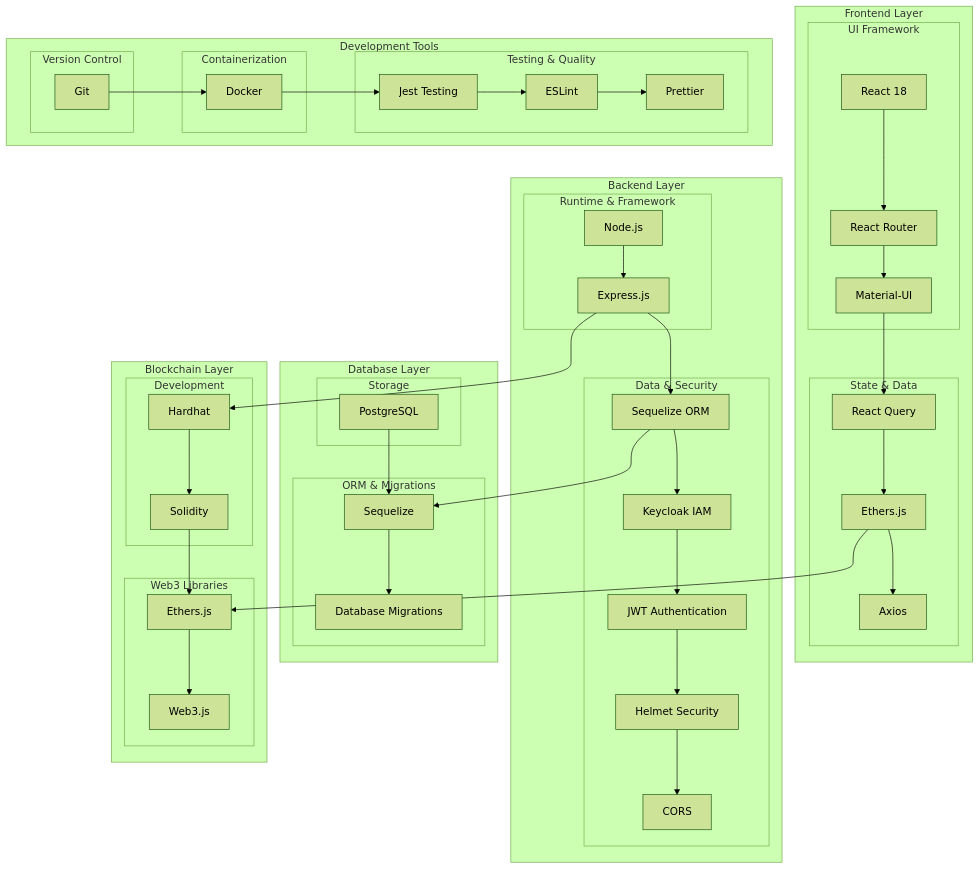
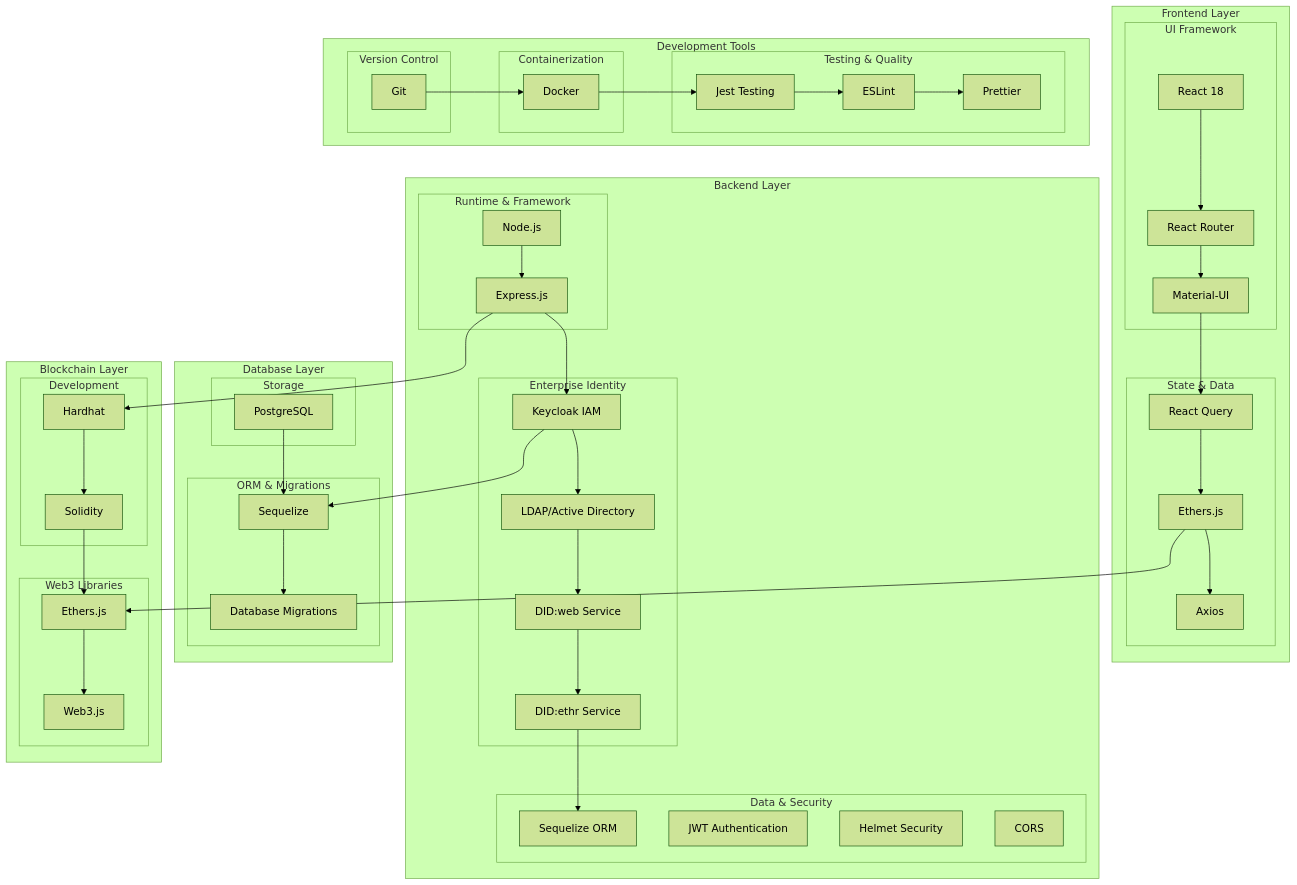
Before and after one commit to gitmujoshi/Confidential-AI-Network: the tenth of 25 diagrams in ARCHITECTURE_GUIDE.md, drawn with Mermaid (forest theme). The commit also changed other lines of this file and 18 other files, not shown here.

Commit message:
docs: update all architecture and IAM docs for enterprise did:web strategy, add enterprise implementation guide

```diff
--- a/ARCHITECTURE_GUIDE.md
+++ b/ARCHITECTURE_GUIDE.md
@@ -266,12 +438,18 @@
             B2[Express.js]
         end
         
+        subgraph "Enterprise Identity"
+            B3[Keycloak IAM]
+            B4[LDAP/Active Directory]
+            B5[DID:web Service]
+            B6[DID:ethr Service]
+        end
+        
         subgraph "Data & Security"
-            B3[Sequelize ORM]
-            B4[Keycloak IAM]
-            B5[JWT Authentication]
-            B6[Helmet Security]
-            B7[CORS]
+            B7[Sequelize ORM]
+            B8[JWT Authentication]
+            B9[Helmet Security]
+            B10[CORS]
         end
     end
     
```
